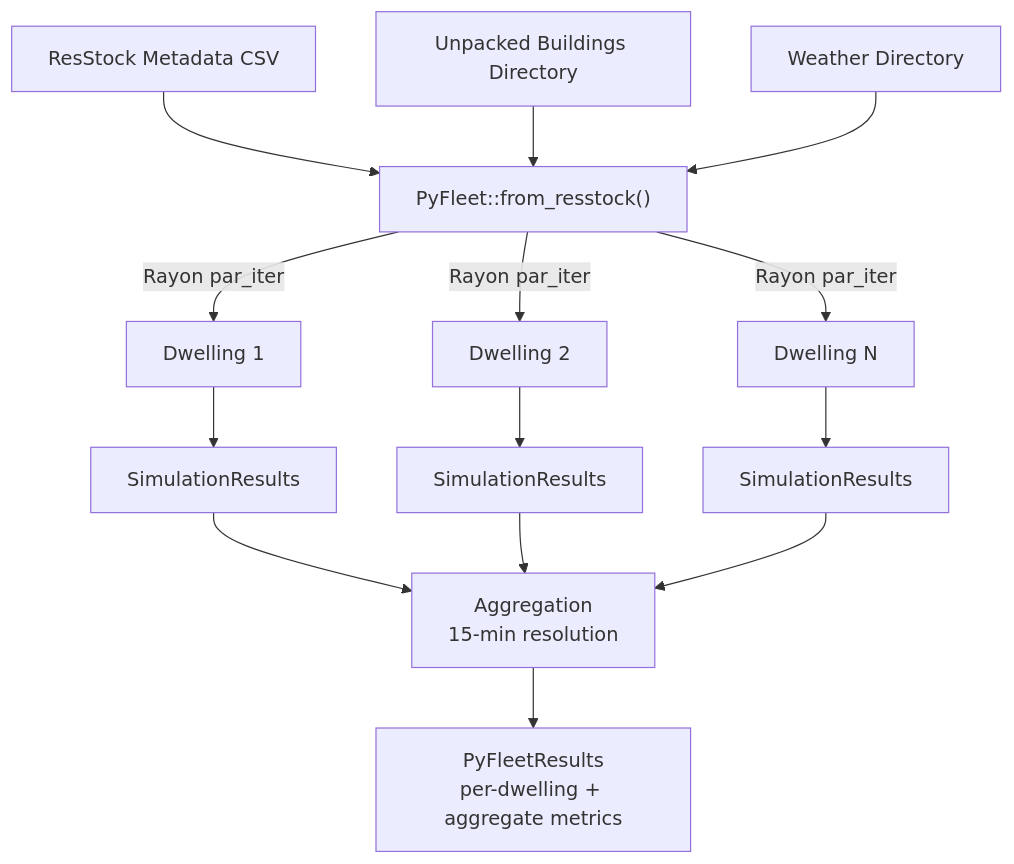
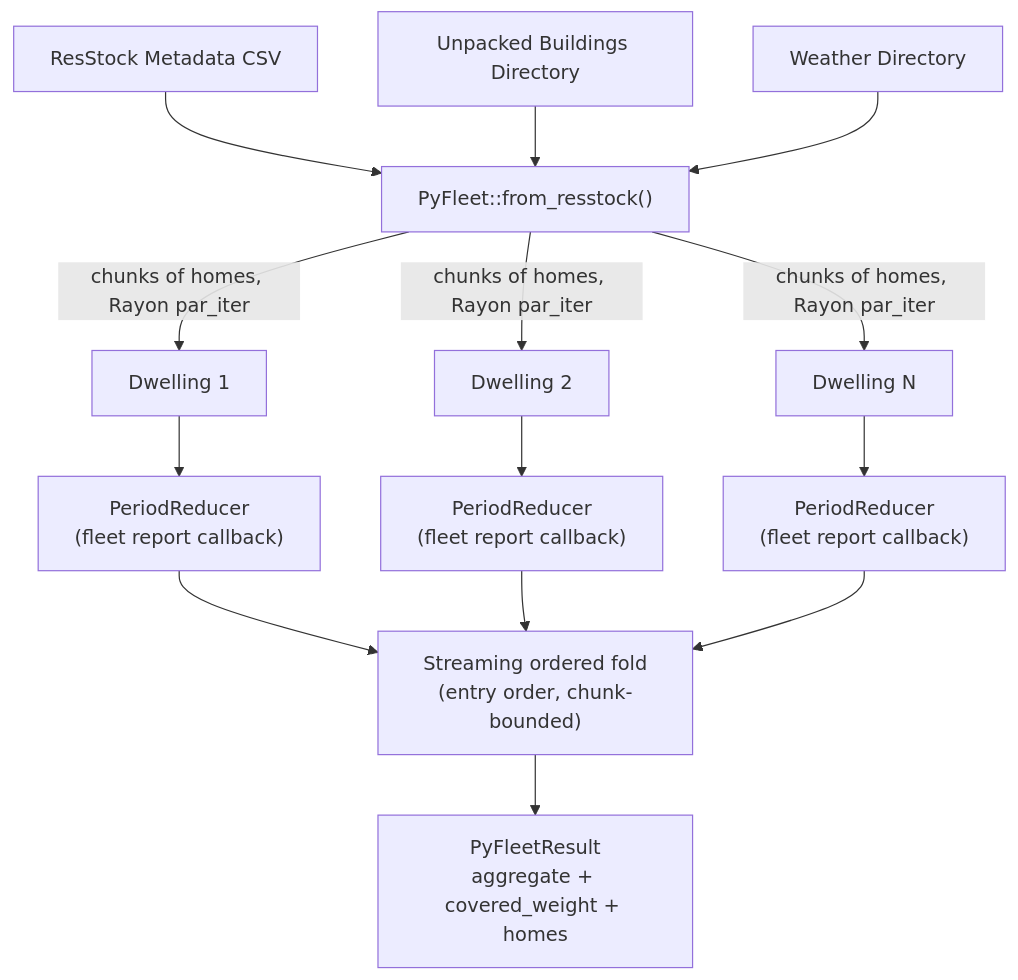
One commit to AZX-PBC-OSS/HARES changed the eighth of 11 diagrams in docs/architecture.md. Above: the diagram before and after it, drawn with Mermaid. The commit also changed other lines of this file and 34 other files, not shown here.

Commit message:
perf: fold fleet homes into a bounded, deterministic streaming aggregate

````diff
--- a/docs/architecture.md
+++ b/docs/architecture.md
@@ -569,19 +569,19 @@
 ```mermaid
 graph TD
     META["ResStock Metadata CSV"] --> Fleet["PyFleet::from_resstock()"]
     BUILDINGS_DIR["Unpacked Buildings Directory"] --> Fleet
     WX_DIR["Weather Directory"] --> Fleet
 
-    Fleet --> |"Rayon par_iter"| D1["Dwelling 1"]
-    Fleet --> |"Rayon par_iter"| D2["Dwelling 2"]
-    Fleet --> |"Rayon par_iter"| D3["Dwelling N"]
+    Fleet --> |"chunks of homes, Rayon par_iter"| D1["Dwelling 1"]
+    Fleet --> |"chunks of homes, Rayon par_iter"| D2["Dwelling 2"]
+    Fleet --> |"chunks of homes, Rayon par_iter"| D3["Dwelling N"]
 
-    D1 --> R1["SimulationResults"]
-    D2 --> R2["SimulationResults"]
-    D3 --> R3["SimulationResults"]
+    D1 --> R1["PeriodReducer<br/>(fleet report callback)"]
+    D2 --> R2["PeriodReducer<br/>(fleet report callback)"]
+    D3 --> R3["PeriodReducer<br/>(fleet report callback)"]
 
-    R1 --> AGG["Aggregation<br/>15-min resolution"]
+    R1 --> AGG["Streaming ordered fold<br/>(entry order, chunk-bounded)"]
     R2 --> AGG
     R3 --> AGG
-    AGG --> OUT["PyFleetResults<br/>per-dwelling + aggregate metrics"]
+    AGG --> OUT["PyFleetResult<br/>aggregate + covered_weight + homes"]
 ```
````
